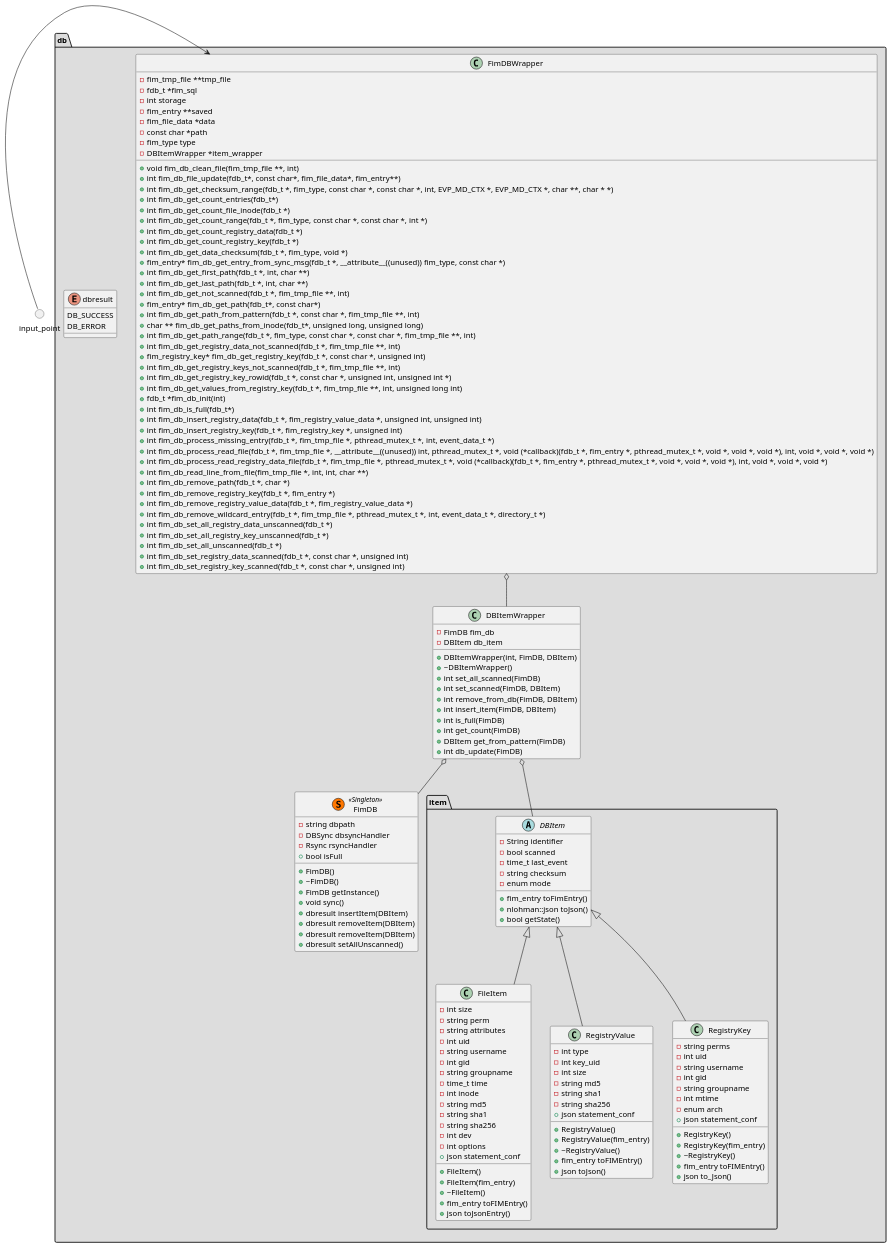
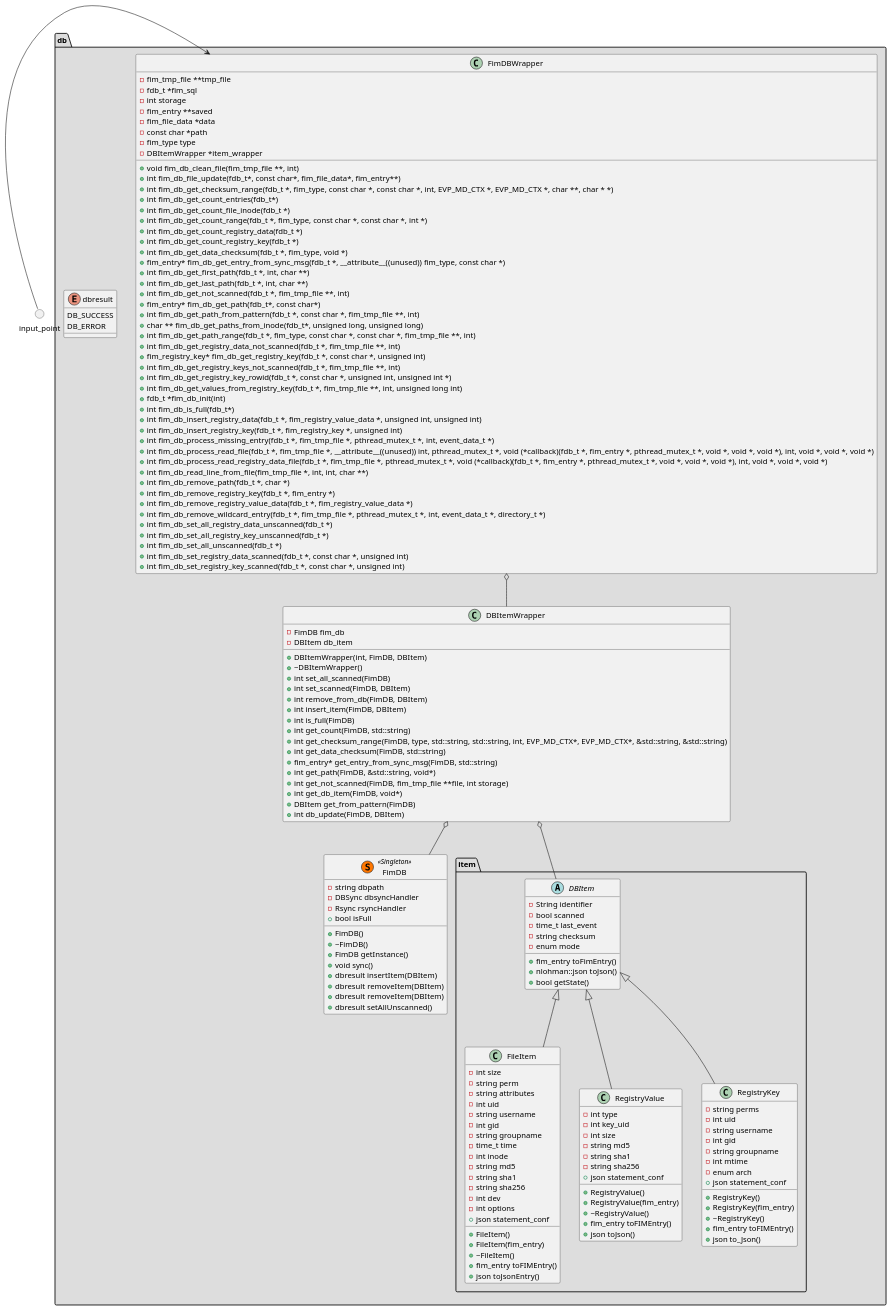
The diagram in architecture/FIM/db/class.puml (wazuh/wazuh-agent), drawn with PlantUML before and after one commit.

Commit message:
Add some new methods to DBItemWrapper and some details

```diff
--- a/architecture/FIM/db/class.puml
+++ b/architecture/FIM/db/class.puml
@@ -1,160 +1,166 @@
 @startuml db_class
 package "db" <<Folder>> #DDDDDD{
     enum "dbresult" {
         DB_SUCCESS
         DB_ERROR
     }
     package "item" <<Folder>> {
         abstract DBItem {
             - String identifier
             - bool scanned
             - time_t last_event
             - string checksum
             - enum mode
             + fim_entry toFimEntry()
             + nlohman::json toJson()
             + bool getState()
         }
 
         class FileItem {
             - int size
             - string perm
             - string attributes
             - int uid
             - string username
             - int gid
             - string groupname
             - time_t time
             - int inode
             - string md5
             - string sha1
             - string sha256
             - int dev
             - int options
             + json statement_conf
             + FileItem()
             + FileItem(fim_entry)
             + ~FileItem()
             + fim_entry toFIMEntry()
             + json toJsonEntry()
         }
         class "RegistryValue" {
             - int type
             - int key_uid
             - int size
             - string md5
             - string sha1
             - string sha256
             + json statement_conf
             + RegistryValue()
             + RegistryValue(fim_entry)
             + ~RegistryValue()
             + fim_entry toFIMEntry()
             + json toJson()
         }
         class "RegistryKey" {
             - string perms
             - int uid
             - string username
             - int gid
             - string groupname
             - int mtime
             - enum arch
             + json statement_conf
             + RegistryKey()
             + RegistryKey(fim_entry)
             + ~RegistryKey()
             + fim_entry toFIMEntry()
             + json to_Json()
         }
     }
     class "FimDB"  <<(S,#FF7700) Singleton>> {
         - string dbpath
         - DBSync dbsyncHandler
         - Rsync rsyncHandler
         + FimDB()
         + ~FimDB()
         + FimDB getInstance()
         + void sync()
         + bool isFull
         + dbresult insertItem(DBItem)
         + dbresult removeItem(DBItem)
         + dbresult removeItem(DBItem)
         + dbresult setAllUnscanned()
     }
     class FimDBWrapper {
         - fim_tmp_file **tmp_file
         - fdb_t *fim_sql
         - int storage
         - fim_entry **saved
         - fim_file_data *data
         - const char *path
         - fim_type type
         - DBItemWrapper *item_wrapper
 
         + void fim_db_clean_file(fim_tmp_file **, int)
         + int fim_db_file_update(fdb_t*, const char*, fim_file_data*, fim_entry**)
         + int fim_db_get_checksum_range(fdb_t *, fim_type, const char *, const char *, int, EVP_MD_CTX *, EVP_MD_CTX *, char **, char * *)
         + int fim_db_get_count_entries(fdb_t*)
         + int fim_db_get_count_file_inode(fdb_t *)
         + int fim_db_get_count_range(fdb_t *, fim_type, const char *, const char *, int *)
         + int fim_db_get_count_registry_data(fdb_t *)
         + int fim_db_get_count_registry_key(fdb_t *)
         + int fim_db_get_data_checksum(fdb_t *, fim_type, void *)
         + fim_entry* fim_db_get_entry_from_sync_msg(fdb_t *, __attribute__((unused)) fim_type, const char *)
         + int fim_db_get_first_path(fdb_t *, int, char **)
         + int fim_db_get_last_path(fdb_t *, int, char **)
         + int fim_db_get_not_scanned(fdb_t *, fim_tmp_file **, int)
         + fim_entry* fim_db_get_path(fdb_t*, const char*)
         + int fim_db_get_path_from_pattern(fdb_t *, const char *, fim_tmp_file **, int)
         + char ** fim_db_get_paths_from_inode(fdb_t*, unsigned long, unsigned long)
         + int fim_db_get_path_range(fdb_t *, fim_type, const char *, const char *, fim_tmp_file **, int)
         + int fim_db_get_registry_data_not_scanned(fdb_t *, fim_tmp_file **, int)
         + fim_registry_key* fim_db_get_registry_key(fdb_t *, const char *, unsigned int)
         + int fim_db_get_registry_keys_not_scanned(fdb_t *, fim_tmp_file **, int)
         + int fim_db_get_registry_key_rowid(fdb_t *, const char *, unsigned int, unsigned int *)
         + int fim_db_get_values_from_registry_key(fdb_t *, fim_tmp_file **, int, unsigned long int)
         + fdb_t *fim_db_init(int)
         + int fim_db_is_full(fdb_t*)
         + int fim_db_insert_registry_data(fdb_t *, fim_registry_value_data *, unsigned int, unsigned int)
         + int fim_db_insert_registry_key(fdb_t *, fim_registry_key *, unsigned int)
         + int fim_db_process_missing_entry(fdb_t *, fim_tmp_file *, pthread_mutex_t *, int, event_data_t *)
         + int fim_db_process_read_file(fdb_t *, fim_tmp_file *, __attribute__((unused)) int, pthread_mutex_t *, void (*callback)(fdb_t *, fim_entry *, pthread_mutex_t *, void *, void *, void *), int, void *, void *, void *)
         + int fim_db_process_read_registry_data_file(fdb_t *, fim_tmp_file *, pthread_mutex_t *, void (*callback)(fdb_t *, fim_entry *, pthread_mutex_t *, void *, void *, void *), int, void *, void *, void *)
         + int fim_db_read_line_from_file(fim_tmp_file *, int, int, char **)
         + int fim_db_remove_path(fdb_t *, char *)
         + int fim_db_remove_registry_key(fdb_t *, fim_entry *)
         + int fim_db_remove_registry_value_data(fdb_t *, fim_registry_value_data *)
         + int fim_db_remove_wildcard_entry(fdb_t *, fim_tmp_file *, pthread_mutex_t *, int, event_data_t *, directory_t *)
         + int fim_db_set_all_registry_data_unscanned(fdb_t *)
         + int fim_db_set_all_registry_key_unscanned(fdb_t *)
         + int fim_db_set_all_unscanned(fdb_t *)
         + int fim_db_set_registry_data_scanned(fdb_t *, const char *, unsigned int)
         + int fim_db_set_registry_key_scanned(fdb_t *, const char *, unsigned int)
     }
     class DBItemWrapper {
         - FimDB fim_db
         - DBItem db_item
 
         + DBItemWrapper(int, FimDB, DBItem)
         + ~DBItemWrapper()
         + int set_all_scanned(FimDB)
         + int set_scanned(FimDB, DBItem)
         + int remove_from_db(FimDB, DBItem)
         + int insert_item(FimDB, DBItem)
         + int is_full(FimDB)
-        + int get_count(FimDB)
+        + int get_count(FimDB, std::string)
+        + int get_checksum_range(FimDB, type, std::string, std::string, int, EVP_MD_CTX*, EVP_MD_CTX*, &std::string, &std::string)
+        + int get_data_checksum(FimDB, std::string)
+        + fim_entry* get_entry_from_sync_msg(FimDB, std::string)
+        + int get_path(FimDB, &std::string, void*)
+        + int get_not_scanned(FimDB, fim_tmp_file **file, int storage)
+        + int get_db_item(FimDB, void*)
         + DBItem get_from_pattern(FimDB)
-        + int db_update(FimDB)
+        + int db_update(FimDB, DBItem)
     }
 }
 circle input_point
 
 DBItem <|-- FileItem
 DBItem <|-- RegistryValue
 DBItem <|-- RegistryKey
 FimDBWrapper  o-- DBItemWrapper
 DBItemWrapper  o-- DBItem
 DBItemWrapper  o-- FimDB
 input_point => FimDBWrapper
 @enduml
```
